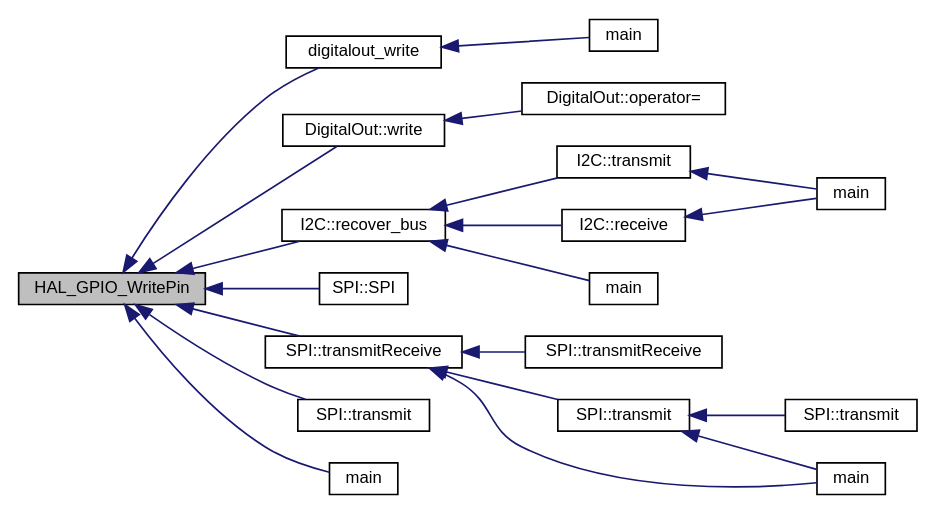
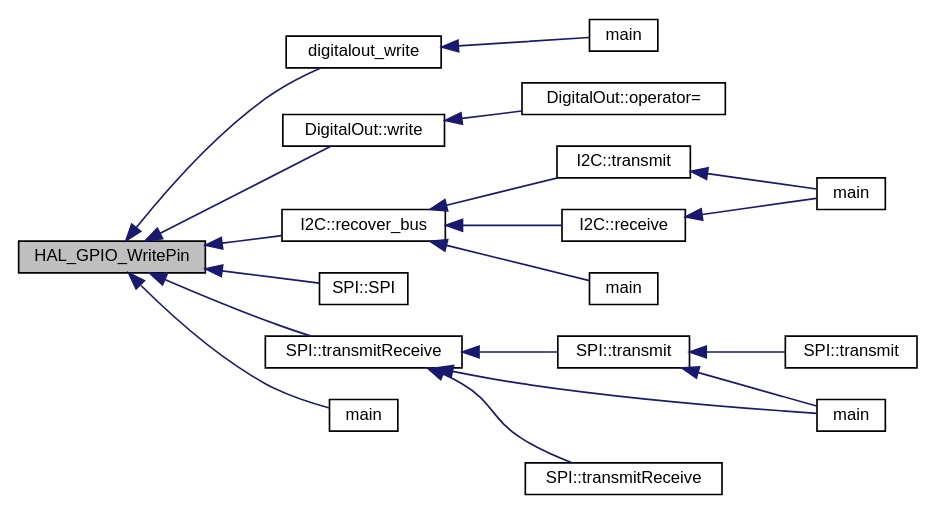
Before and after one commit to RoboJackets/mtrain-firmware: the diagram in group___g_p_i_o___exported___functions___group2_gaf4b97bdf533a02f51ef696d43b6da5c4_icgraph.dot, drawn with Graphviz. The commit also changed 3751 other files, not shown here.

```diff
--- a/group___g_p_i_o___exported___functions___group2_gaf4b97bdf533a02f51ef696d43b6da5c4_icgraph.dot
+++ b/group___g_p_i_o___exported___functions___group2_gaf4b97bdf533a02f51ef696d43b6da5c4_icgraph.dot
@@ -1,43 +1,41 @@
 digraph "HAL_GPIO_WritePin"
 {
   edge [fontname="Helvetica",fontsize="10",labelfontname="Helvetica",labelfontsize="10"];
   node [fontname="Helvetica",fontsize="10",shape=record];
   rankdir="LR";
   Node25 [label="HAL_GPIO_WritePin",height=0.2,width=0.4,color="black", fillcolor="grey75", style="filled", fontcolor="black"];
   Node25 -> Node26 [dir="back",color="midnightblue",fontsize="10",style="solid",fontname="Helvetica"];
   Node26 [label="digitalout_write",height=0.2,width=0.4,color="black", fillcolor="white", style="filled",URL="$digital__out_8c.html#ad38a9b48906da83bf0cf564a48874137",tooltip="Change output state of pin. "];
   Node26 -> Node27 [dir="back",color="midnightblue",fontsize="10",style="solid",fontname="Helvetica"];
   Node27 [label="main",height=0.2,width=0.4,color="black", fillcolor="white", style="filled",URL="$gpio_8c.html#a840291bc02cba5474a4cb46a9b9566fe",tooltip="digitalout and digitalin test "];
   Node25 -> Node28 [dir="back",color="midnightblue",fontsize="10",style="solid",fontname="Helvetica"];
   Node28 [label="DigitalOut::write",height=0.2,width=0.4,color="black", fillcolor="white", style="filled",URL="$class_digital_out.html#a5024fc359149512302f5532616b84f89",tooltip="Change output state of pin. "];
   Node28 -> Node29 [dir="back",color="midnightblue",fontsize="10",style="solid",fontname="Helvetica"];
   Node29 [label="DigitalOut::operator=",height=0.2,width=0.4,color="black", fillcolor="white", style="filled",URL="$class_digital_out.html#a4a6729ae00612fa1b49408e1f6e8a645"];
   Node25 -> Node30 [dir="back",color="midnightblue",fontsize="10",style="solid",fontname="Helvetica"];
   Node30 [label="I2C::recover_bus",height=0.2,width=0.4,color="black", fillcolor="white", style="filled",URL="$class_i2_c.html#a11722e4027650574e7d74ee9b5509097"];
   Node30 -> Node31 [dir="back",color="midnightblue",fontsize="10",style="solid",fontname="Helvetica"];
   Node31 [label="I2C::transmit",height=0.2,width=0.4,color="black", fillcolor="white", style="filled",URL="$class_i2_c.html#a329bd3c0d083593f1dd72525ec75d713"];
   Node31 -> Node32 [dir="back",color="midnightblue",fontsize="10",style="solid",fontname="Helvetica"];
   Node32 [label="main",height=0.2,width=0.4,color="black", fillcolor="white", style="filled",URL="$tests_2cpp_2_i2_c_8cpp.html#ae66f6b31b5ad750f1fe042a706a4e3d4"];
   Node30 -> Node33 [dir="back",color="midnightblue",fontsize="10",style="solid",fontname="Helvetica"];
   Node33 [label="I2C::receive",height=0.2,width=0.4,color="black", fillcolor="white", style="filled",URL="$class_i2_c.html#a687c0929c22d41e5b4428d24e1208f51"];
   Node33 -> Node32 [dir="back",color="midnightblue",fontsize="10",style="solid",fontname="Helvetica"];
   Node30 -> Node34 [dir="back",color="midnightblue",fontsize="10",style="solid",fontname="Helvetica"];
   Node34 [label="main",height=0.2,width=0.4,color="black", fillcolor="white", style="filled",URL="$i2c__bus__recovery_8cpp.html#ae66f6b31b5ad750f1fe042a706a4e3d4"];
   Node25 -> Node35 [dir="back",color="midnightblue",fontsize="10",style="solid",fontname="Helvetica"];
   Node35 [label="SPI::SPI",height=0.2,width=0.4,color="black", fillcolor="white", style="filled",URL="$class_s_p_i.html#a7fe5d5885824c3107bd0263b4e407e6f"];
   Node25 -> Node36 [dir="back",color="midnightblue",fontsize="10",style="solid",fontname="Helvetica"];
-  Node36 [label="SPI::transmitReceive",height=0.2,width=0.4,color="black", fillcolor="white", style="filled",URL="$class_s_p_i.html#a0c205413a76d117b835acdd2f6be08b3"];
+  Node36 [label="SPI::transmitReceive",height=0.2,width=0.4,color="black", fillcolor="white", style="filled",URL="$class_s_p_i.html#a8c005ffbec694599187025ffb9123c70"];
   Node36 -> Node37 [dir="back",color="midnightblue",fontsize="10",style="solid",fontname="Helvetica"];
-  Node37 [label="SPI::transmitReceive",height=0.2,width=0.4,color="black", fillcolor="white", style="filled",URL="$class_s_p_i.html#aacfeaa9413292a3702e295e02e9a9605"];
-  Node36 -> Node38 [dir="back",color="midnightblue",fontsize="10",style="solid",fontname="Helvetica"];
-  Node38 [label="SPI::transmit",height=0.2,width=0.4,color="black", fillcolor="white", style="filled",URL="$class_s_p_i.html#ac4afea93284ce2e8fcbaea2c213fd9b4"];
-  Node38 -> Node39 [dir="back",color="midnightblue",fontsize="10",style="solid",fontname="Helvetica"];
-  Node39 [label="SPI::transmit",height=0.2,width=0.4,color="black", fillcolor="white", style="filled",URL="$class_s_p_i.html#a00ec3436a2e24bb0d0b81f260b85acfe"];
-  Node38 -> Node40 [dir="back",color="midnightblue",fontsize="10",style="solid",fontname="Helvetica"];
-  Node40 [label="main",height=0.2,width=0.4,color="black", fillcolor="white", style="filled",URL="$tests_2cpp_2_s_p_i_8cpp.html#a840291bc02cba5474a4cb46a9b9566fe"];
+  Node37 [label="SPI::transmit",height=0.2,width=0.4,color="black", fillcolor="white", style="filled",URL="$class_s_p_i.html#a5b9eaccb3fd1475b8c119ef0fc8de32d"];
+  Node37 -> Node38 [dir="back",color="midnightblue",fontsize="10",style="solid",fontname="Helvetica"];
+  Node38 [label="SPI::transmit",height=0.2,width=0.4,color="black", fillcolor="white", style="filled",URL="$class_s_p_i.html#a00ec3436a2e24bb0d0b81f260b85acfe"];
+  Node37 -> Node39 [dir="back",color="midnightblue",fontsize="10",style="solid",fontname="Helvetica"];
+  Node39 [label="main",height=0.2,width=0.4,color="black", fillcolor="white", style="filled",URL="$tests_2cpp_2_s_p_i_8cpp.html#a840291bc02cba5474a4cb46a9b9566fe"];
   Node36 -> Node40 [dir="back",color="midnightblue",fontsize="10",style="solid",fontname="Helvetica"];
+  Node40 [label="SPI::transmitReceive",height=0.2,width=0.4,color="black", fillcolor="white", style="filled",URL="$class_s_p_i.html#aacfeaa9413292a3702e295e02e9a9605"];
+  Node36 -> Node39 [dir="back",color="midnightblue",fontsize="10",style="solid",fontname="Helvetica"];
   Node25 -> Node41 [dir="back",color="midnightblue",fontsize="10",style="solid",fontname="Helvetica"];
-  Node41 [label="SPI::transmit",height=0.2,width=0.4,color="black", fillcolor="white", style="filled",URL="$class_s_p_i.html#a677fb6a2e209320fe4d7a4baa2a08a89"];
-  Node25 -> Node42 [dir="back",color="midnightblue",fontsize="10",style="solid",fontname="Helvetica"];
-  Node42 [label="main",height=0.2,width=0.4,color="black", fillcolor="white", style="filled",URL="$flash_8c.html#a840291bc02cba5474a4cb46a9b9566fe"];
+  Node41 [label="main",height=0.2,width=0.4,color="black", fillcolor="white", style="filled",URL="$flash_8c.html#a840291bc02cba5474a4cb46a9b9566fe"];
 }
```
